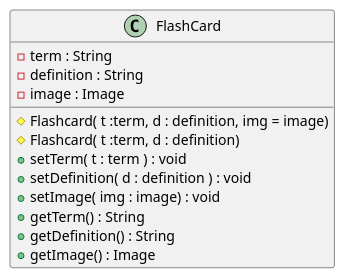
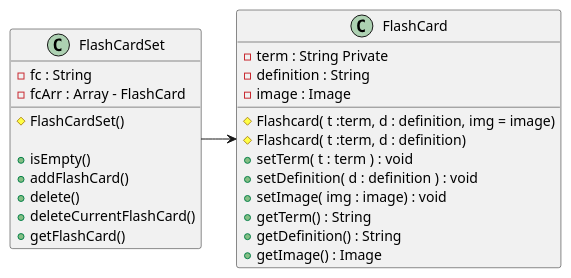
The diagram in app/src/main/java/com/example/arturo/flashcardsparse/FlashCard.puml (arturoaram/FlashCardsParse), drawn with PlantUML before and after one commit. The commit also changed 2 other files, not shown here.

Commit message:
Added some of the fields to FlashCardSet and created the class!
Also did the UML diagram!

```diff
--- a/app/src/main/java/com/example/arturo/flashcardsparse/FlashCard.puml
+++ b/app/src/main/java/com/example/arturo/flashcardsparse/FlashCard.puml
@@ -1,17 +1,33 @@
 @startuml
 
+FlashCardSet ->FlashCard
+
+class FlashCardSet{
+    -fc : String
+    -fcArr : Array - FlashCard
+
+    #FlashCardSet()
+
+    +isEmpty()
+    +addFlashCard()
+    +delete()
+    +deleteCurrentFlashCard()
+    +getFlashCard()
+}
 class FlashCard{
-    -term : String
+    -term : String Private
     -definition : String
     -image : Image
 
     #Flashcard( t :term, d : definition, img = image)
     #Flashcard( t :term, d : definition)
     +setTerm( t : term ) : void
     +setDefinition( d : definition ) : void
     +setImage( img : image) : void
     +getTerm() : String
     +getDefinition() : String
     +getImage() : Image
 }
+
+
 @enduml
```
